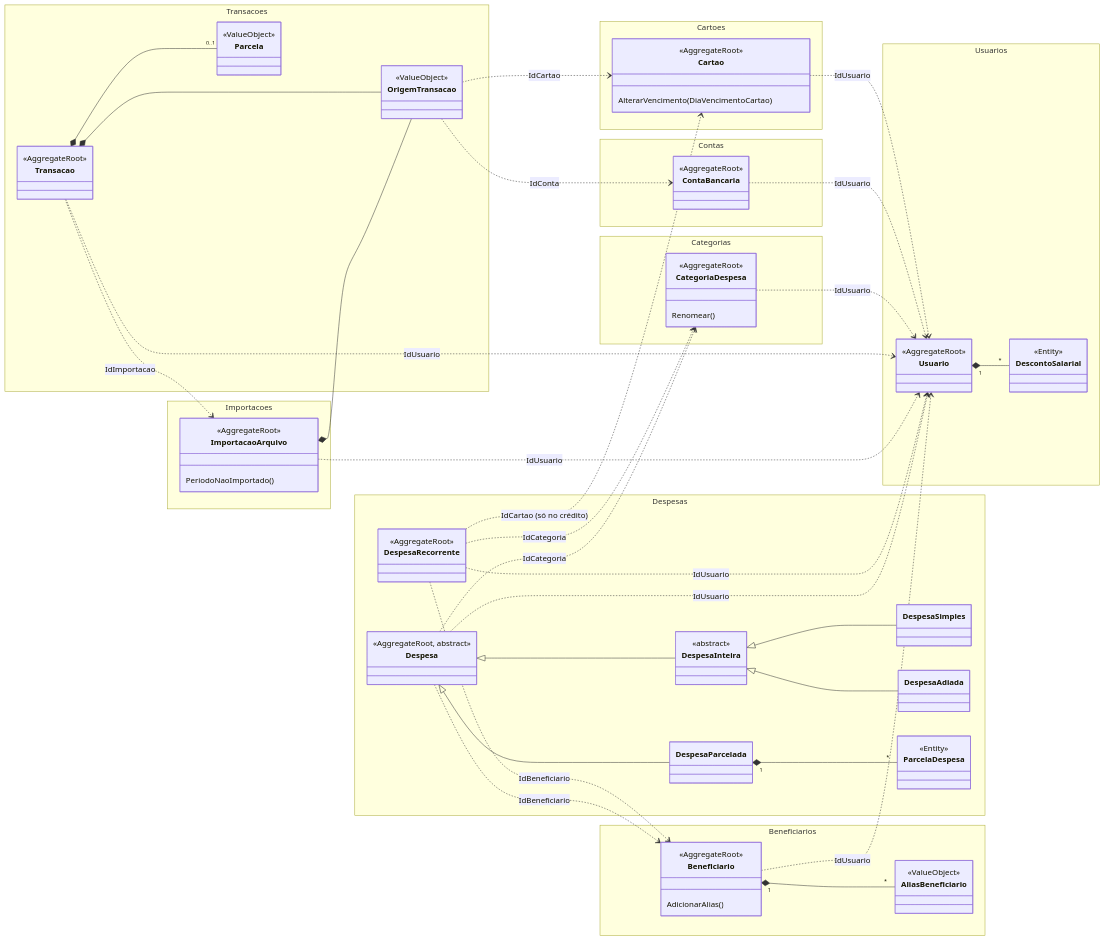
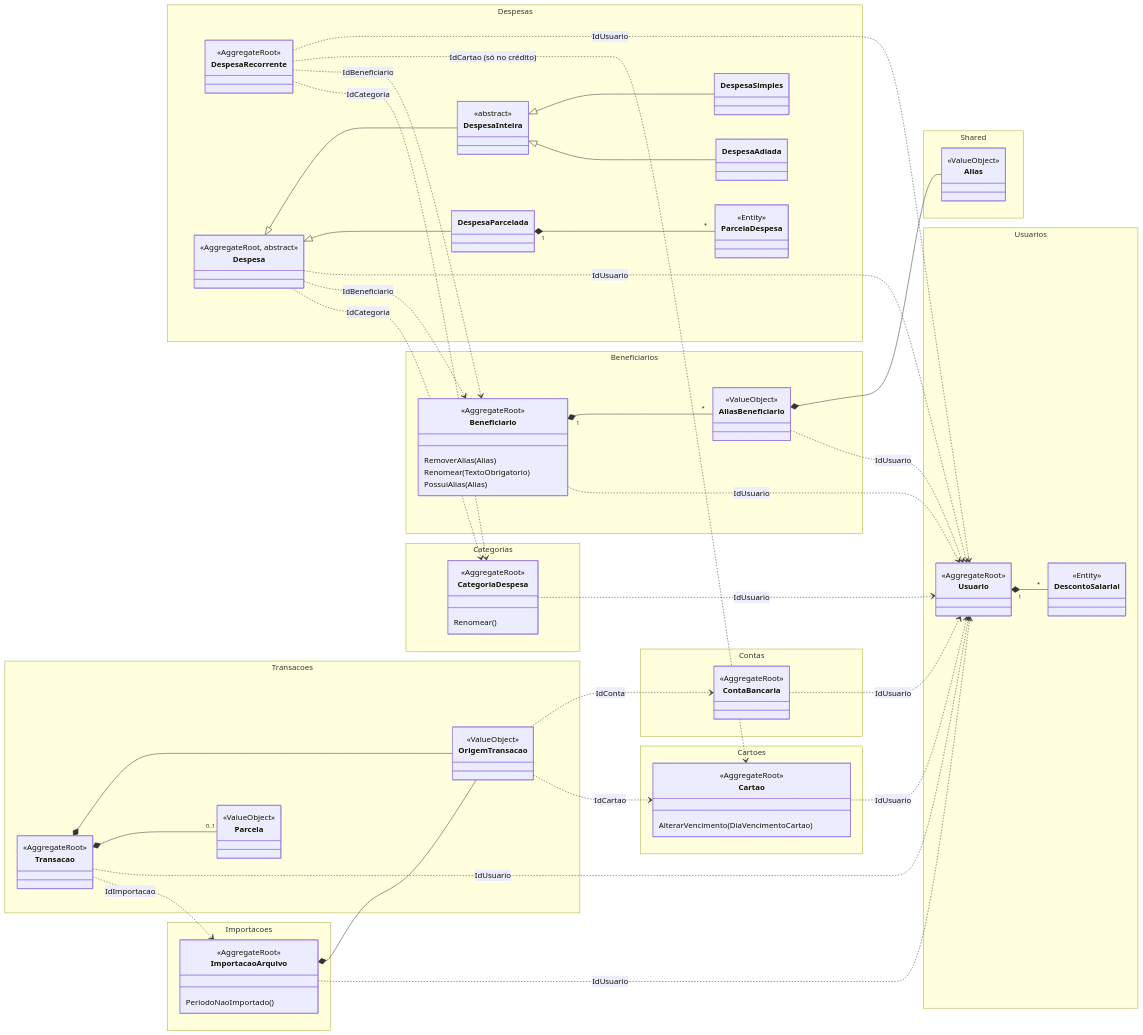
The first of 2 diagrams in docs/modelo-de-dominio.md (humbertosampaio/controle-financeiro), drawn with Mermaid before and after one commit. The commit also changed other lines of this file and 10 other files, not shown here.

```diff
--- a/docs/modelo-de-dominio.md
+++ b/docs/modelo-de-dominio.md
@@ -62,9 +62,17 @@
     namespace Beneficiarios {
         class Beneficiario {
             <<AggregateRoot>>
-            AdicionarAlias()
+            RemoverAlias(Alias)
+            Renomear(TextoObrigatorio)
+            PossuiAlias(Alias)
         }
         class AliasBeneficiario {
+            <<ValueObject>>
+        }
+    }
+
+    namespace Shared {
+        class Alias {
             <<ValueObject>>
         }
     }
@@ -114,6 +122,8 @@
     Despesa ..> CategoriaDespesa : IdCategoria
 
     Beneficiario "1" *-- "*" AliasBeneficiario
+    AliasBeneficiario *-- Alias
+    AliasBeneficiario ..> Usuario : IdUsuario
     Beneficiario ..> Usuario : IdUsuario
     CategoriaDespesa ..> Usuario : IdUsuario
 
```
